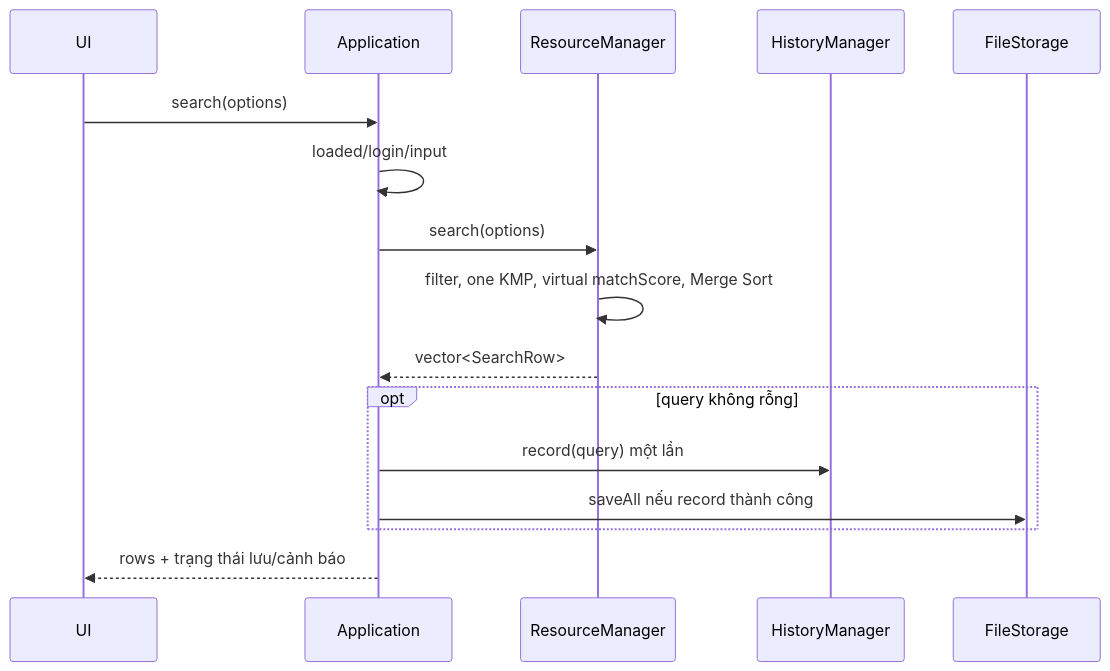
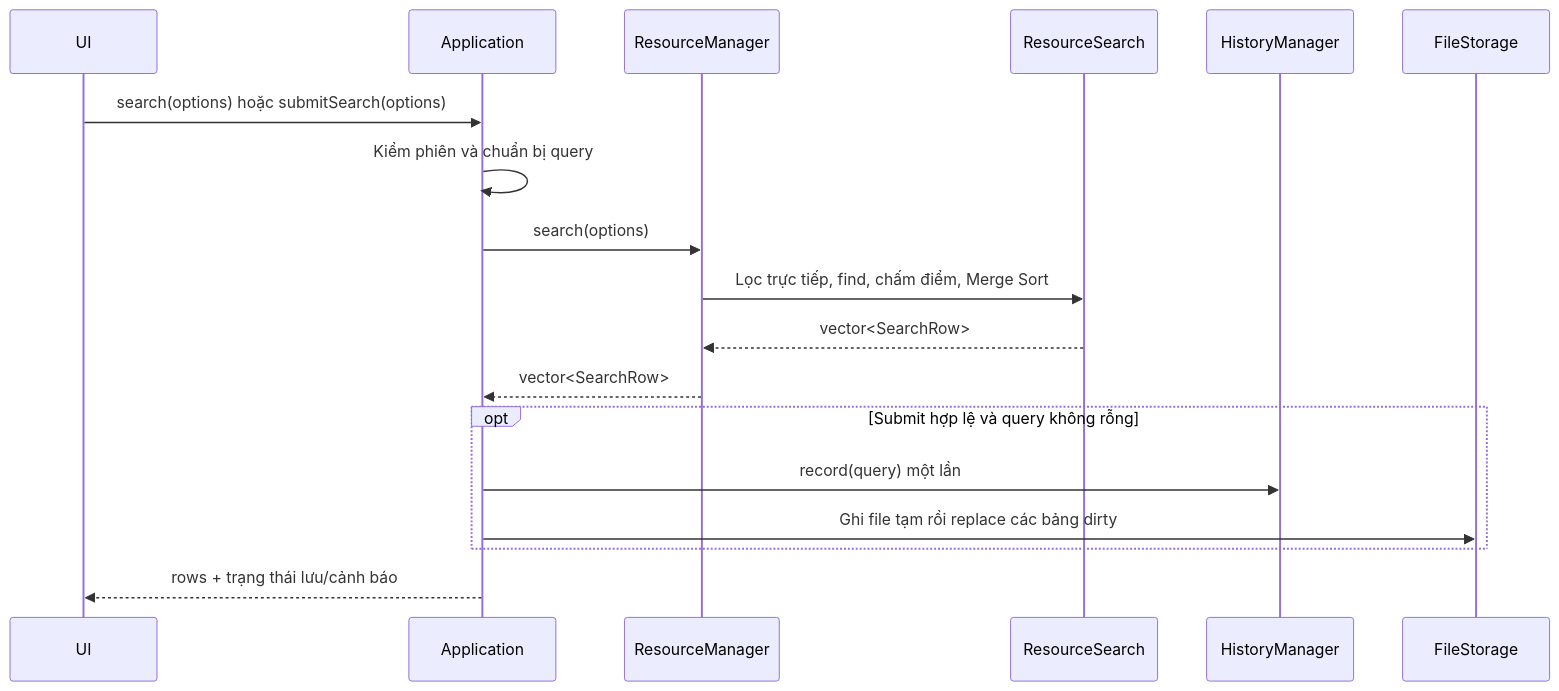
One commit to Mina191207/PBL2_JPN changed the second of 3 diagrams in docs/backend_architecture.md. Above: the diagram before and after it, drawn with Mermaid. The commit also changed other lines of this file and 172 other files, not shown here.

````diff
--- a/docs/backend_architecture.md
+++ b/docs/backend_architecture.md
@@ -73,18 +75,20 @@
 ```mermaid
 sequenceDiagram
     participant UI
     participant App as Application
     participant RM as ResourceManager
+    participant Rank as ResourceSearch
     participant HM as HistoryManager
     participant FS as FileStorage
-    UI->>App: search(options)
-    App->>App: loaded/login/input
+    UI->>App: search(options) hoặc submitSearch(options)
+    App->>App: Kiểm phiên và chuẩn bị query
     App->>RM: search(options)
-    RM->>RM: filter, one KMP, virtual matchScore, Merge Sort
+    RM->>Rank: Lọc trực tiếp, find, chấm điểm, Merge Sort
+    Rank-->>RM: vector<SearchRow>
     RM-->>App: vector<SearchRow>
-    opt query không rỗng
+    opt Submit hợp lệ và query không rỗng
         App->>HM: record(query) một lần
-        App->>FS: saveAll nếu record thành công
+        App->>FS: Ghi file tạm rồi replace các bảng dirty
     end
     App-->>UI: rows + trạng thái lưu/cảnh báo
 ```
````
